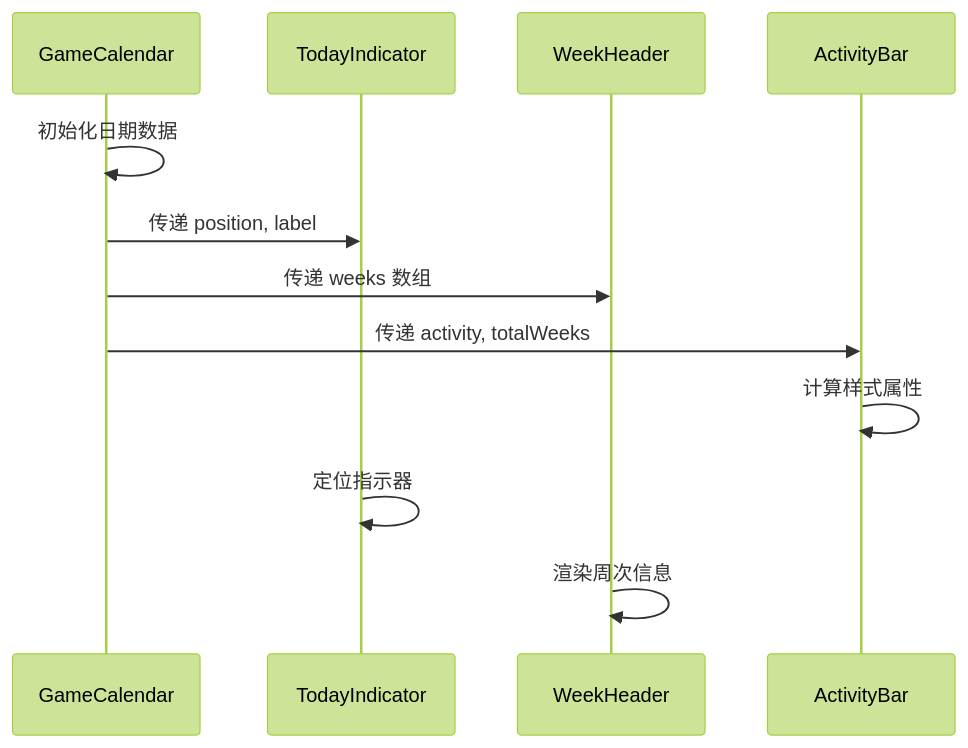
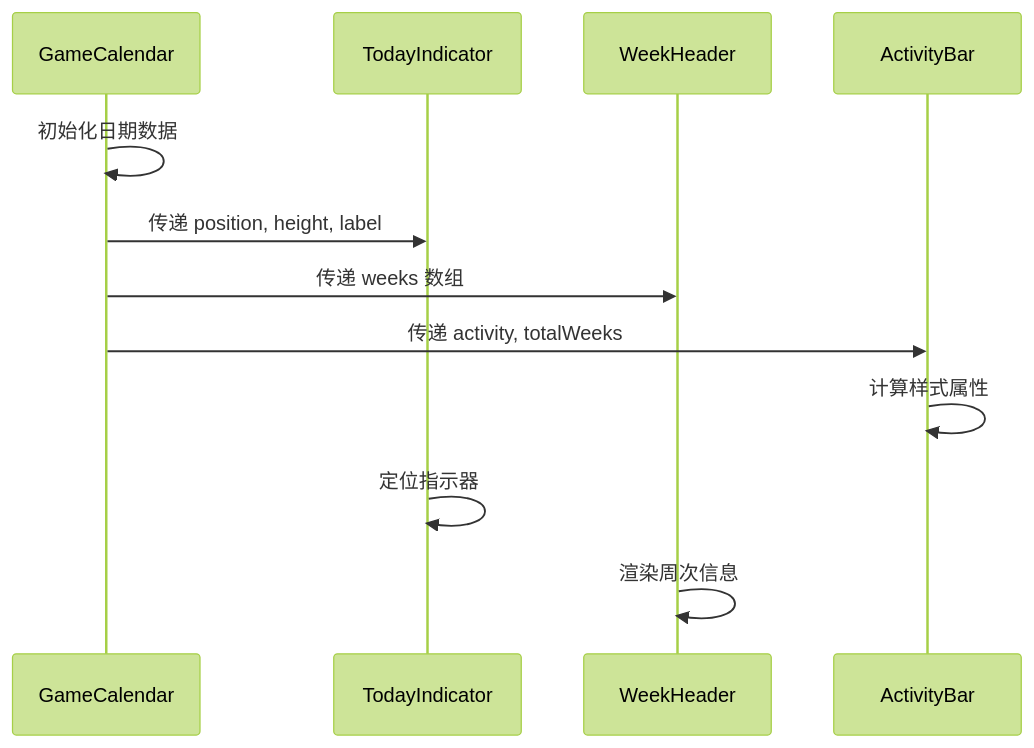
The ninth of 12 diagrams in .qoder/repowiki/zh/content/核心组件/GameCalendar 主容器组件.md (xuanyulingnfeg/gameCalendar), drawn with Mermaid (forest theme) before and after one commit. The commit also changed other lines of this file and 7 other files, not shown here.

````diff
--- a/.qoder/repowiki/zh/content/核心组件/GameCalendar 主容器组件.md
+++ b/.qoder/repowiki/zh/content/核心组件/GameCalendar 主容器组件.md
@@ -255,14 +356,14 @@
 ```mermaid
 sequenceDiagram
 participant GC as GameCalendar
 participant TI as TodayIndicator
 participant WH as WeekHeader
 participant AB as ActivityBar
 GC->>GC : 初始化日期数据
-GC->>TI : 传递 position, label
+GC->>TI : 传递 position, height, label
 GC->>WH : 传递 weeks 数组
 GC->>AB : 传递 activity, totalWeeks
 AB->>AB : 计算样式属性
 TI->>TI : 定位指示器
 WH->>WH : 渲染周次信息
 ```
````
